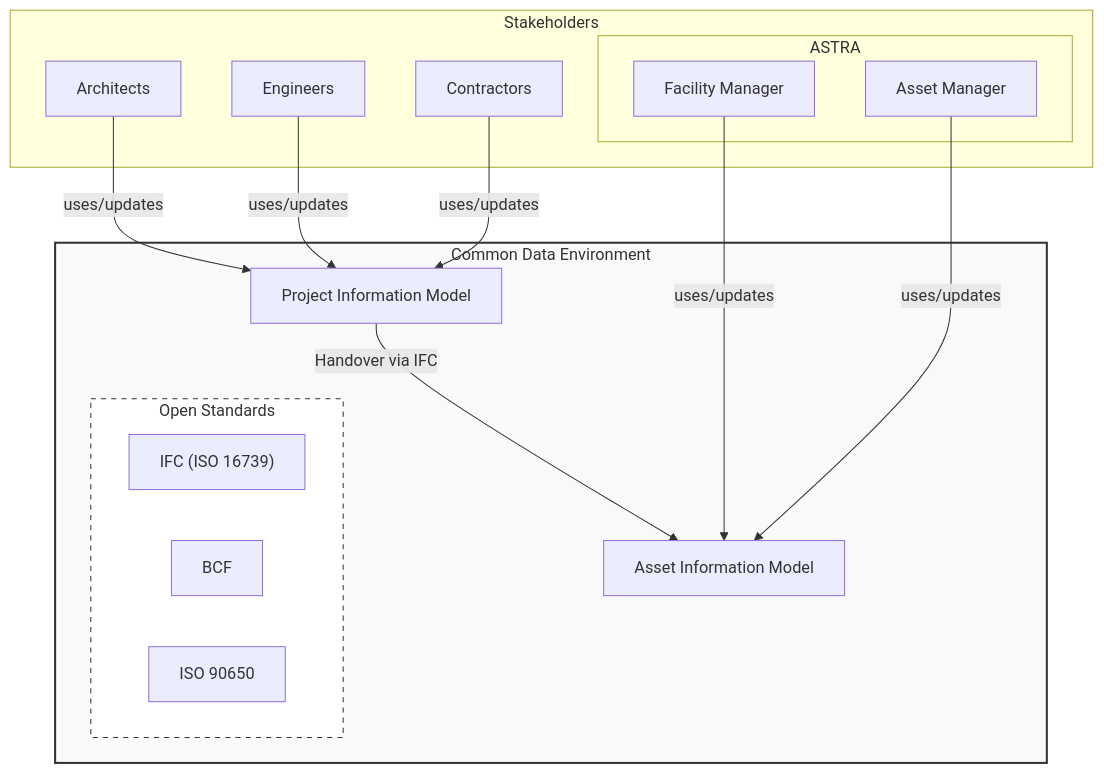
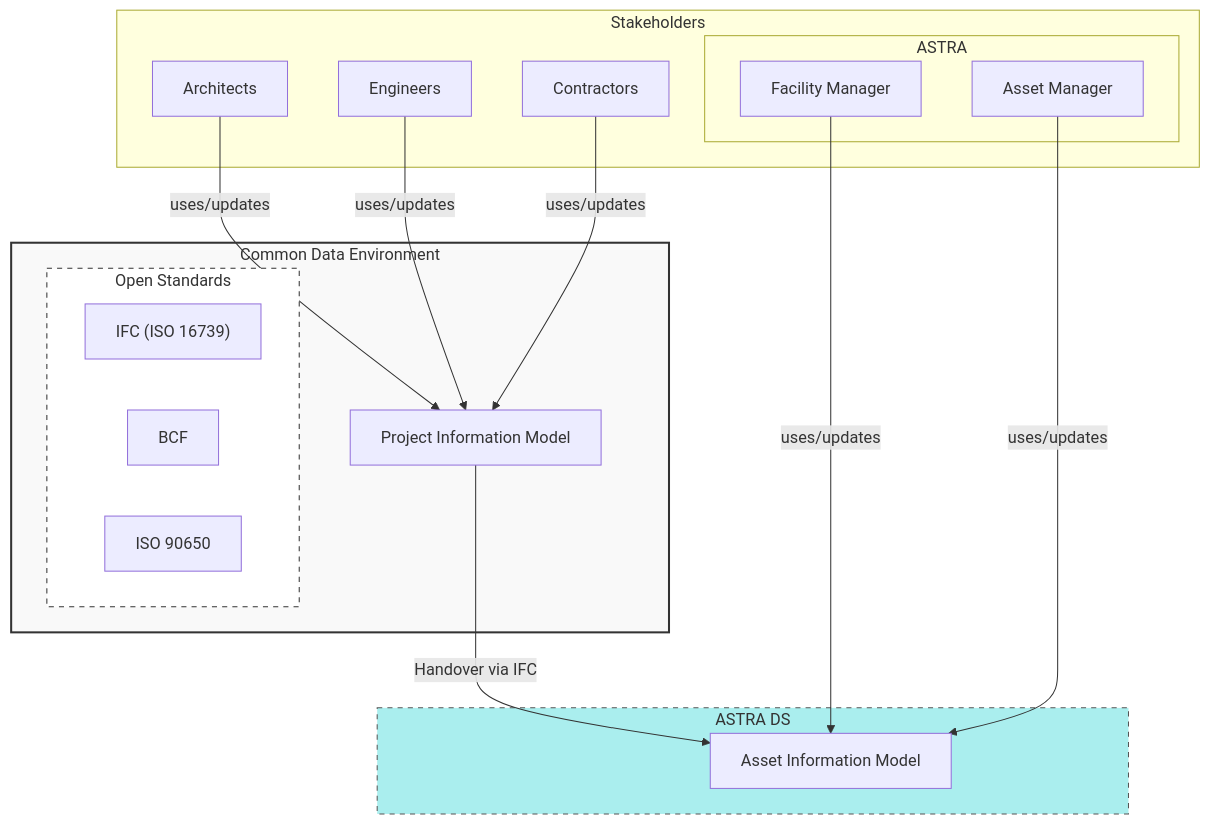
The second of 2 diagrams in processes/pim_aim.md (NikolayBorissovASTRA/bim), drawn with Mermaid before and after one commit.

Commit message:
Introduce ASTRADS subgraph for AIM

`````diff
--- a/processes/pim_aim.md
+++ b/processes/pim_aim.md
@@ -59,35 +59,40 @@
 ````mermaid
 graph TD
     subgraph Stakeholders
         Architects;
         Engineers;
         Contractors;
         subgraph Owner/Operator [ASTRA]
             FacilityManager[Facility Manager];
             AssetManager[Asset Manager];
         end
     end
 
     subgraph CDE [Common Data Environment]
         PIM[Project Information Model];
-        AIM[Asset Information Model];
 
         subgraph DataFormats [Open Standards]
             IFC["IFC (ISO 16739)"];
             BCF[BCF];
             SN_EN_ISO[ISO 90650];
         end
+    end
+
+    subgraph ASTRADS [ASTRA DS]
+        AIM[Asset Information Model];
     end
 
     Architects -- uses/updates --> PIM;
     Engineers -- uses/updates --> PIM;
     Contractors -- uses/updates --> PIM;
 
     PIM -- Handover via IFC --> AIM;
 
     FacilityManager -- uses/updates --> AIM;
     AssetManager -- uses/updates --> AIM;
 
     style CDE fill:#f9f9f9,stroke:#333,stroke-width:2px
     style DataFormats fill:#fff,stroke:#333,stroke-width:1px,stroke-dasharray: 5 5
+    style ASTRADS fill:#aee,stroke:#555,stroke-width:1px,stroke-dasharray: 5 5
+
 ````
`````
